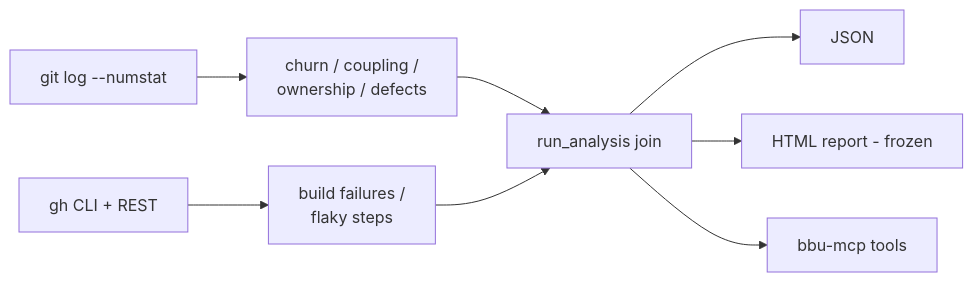
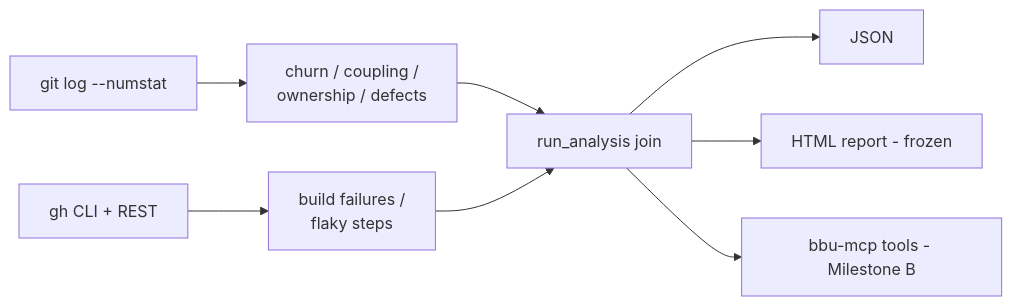
The diagram in docs/ARCHITECTURE.md (michael-denyer/black-box-unlock), drawn with Mermaid before and after one commit. The commit also changed other lines of this file and 2 other files, not shown here.

````diff
--- a/docs/ARCHITECTURE.md
+++ b/docs/ARCHITECTURE.md
@@ -47,10 +47,10 @@
 ```mermaid
 flowchart LR
     Git[git log --numstat] --> Parse[churn / coupling /<br/>ownership / defects]
     GH[gh CLI + REST] --> CI[build failures /<br/>flaky steps]
     Parse --> Join[run_analysis join]
     CI --> Join
     Join --> JSON[JSON]
     Join --> HTML[HTML report - frozen]
-    Join --> MCP[bbu-mcp tools]
+    Join --> MCP[bbu-mcp tools - Milestone B]
 ```
````
